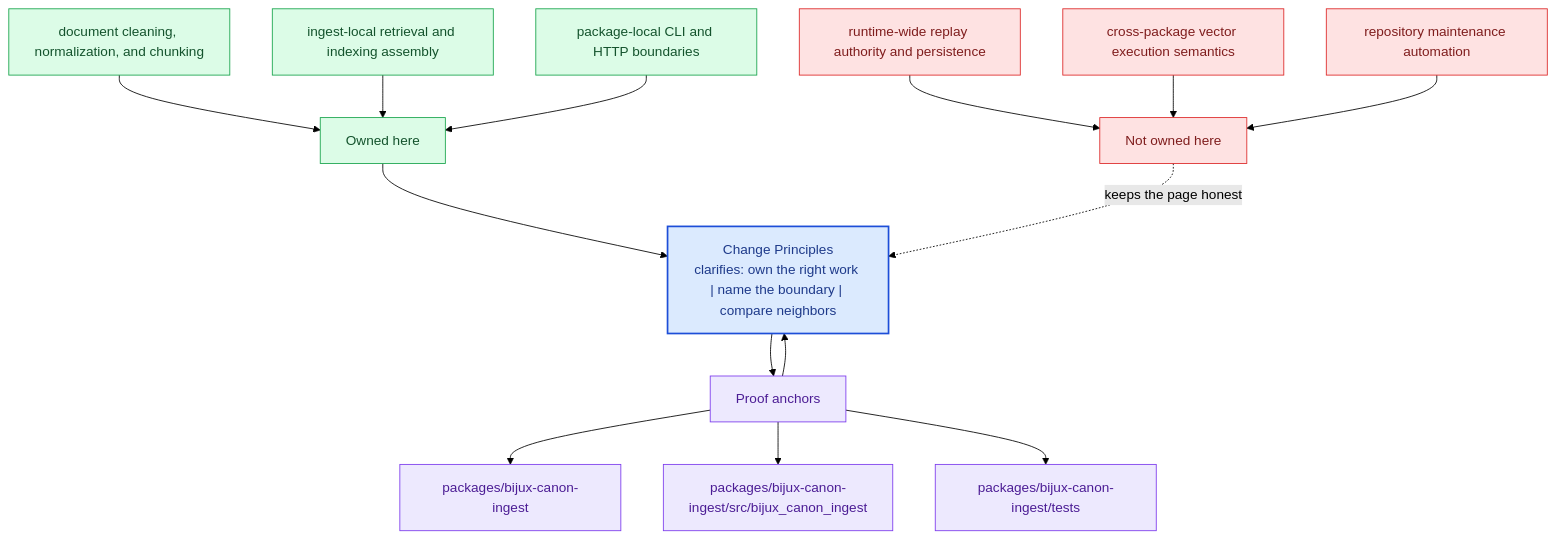
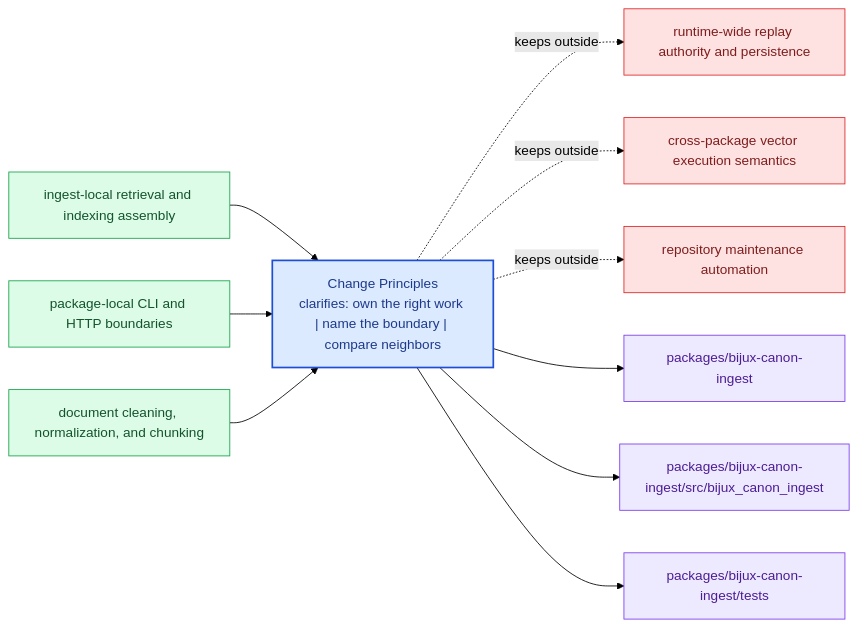
One commit to bijux/bijux-canon changed the diagram in docs/bijux-canon-ingest/foundation/change-principles.md. Above: the diagram before and after it, drawn with Mermaid (forest theme). The commit also changed other lines of this file and 281 other files, not shown here.

Commit message:
docs(diagrams): replace repeated mermaid scaffolds with page-specific summaries

````diff
--- a/docs/bijux-canon-ingest/foundation/change-principles.md
+++ b/docs/bijux-canon-ingest/foundation/change-principles.md
@@ -69,40 +24,31 @@
 ```mermaid
-flowchart TB
-    promise["Change Principles<br/>clarifies: own the right work | name the boundary | compare neighbors"]
-    classDef promise fill:#dbeafe,stroke:#1d4ed8,color:#1e3a8a,stroke-width:2px;
-    classDef driver fill:#dcfce7,stroke:#16a34a,color:#14532d;
-    classDef constraint fill:#fee2e2,stroke:#dc2626,color:#7f1d1d;
-    classDef ground fill:#ede9fe,stroke:#7c3aed,color:#4c1d95;
-    focus1["Owned here"]
-    focus1 --> promise
-    focus1_1["document cleaning, normalization, and chunking"]
-    focus1_1 --> focus1
-    focus1_2["ingest-local retrieval and indexing assembly"]
-    focus1_2 --> focus1
-    focus1_3["package-local CLI and HTTP boundaries"]
-    focus1_3 --> focus1
-    class focus1 driver;
-    class focus1_1,focus1_2,focus1_3 driver;
-    focus2["Not owned here"]
-    focus2 -.keeps the page honest.-> promise
-    focus2_1["runtime-wide replay authority and persistence"]
-    focus2_1 --> focus2
-    focus2_2["cross-package vector execution semantics"]
-    focus2_2 --> focus2
-    focus2_3["repository maintenance automation"]
-    focus2_3 --> focus2
-    class focus2 constraint;
-    class focus2_1,focus2_2,focus2_3 constraint;
-    focus3["Proof anchors"]
-    focus3 --> promise
-    promise --> focus3
-    focus3_1["packages/bijux-canon-ingest"]
-    focus3 --> focus3_1
-    focus3_2["packages/bijux-canon-ingest/src/bijux_canon_ingest"]
-    focus3 --> focus3_2
-    focus3_3["packages/bijux-canon-ingest/tests"]
-    focus3 --> focus3_3
-    class focus3 ground;
-    class focus3_1,focus3_2,focus3_3 ground;
-    class promise promise;
+flowchart LR
+    page["Change Principles<br/>clarifies: own the right work | name the boundary | compare neighbors"]
+    classDef page fill:#dbeafe,stroke:#1d4ed8,color:#1e3a8a,stroke-width:2px;
+    classDef positive fill:#dcfce7,stroke:#16a34a,color:#14532d;
+    classDef caution fill:#fee2e2,stroke:#dc2626,color:#7f1d1d;
+    classDef anchor fill:#ede9fe,stroke:#7c3aed,color:#4c1d95;
+    classDef action fill:#fef3c7,stroke:#d97706,color:#7c2d12;
+    own1["ingest-local retrieval and indexing assembly"]
+    own1 --> page
+    own2["package-local CLI and HTTP boundaries"]
+    own2 --> page
+    own3["document cleaning, normalization, and chunking"]
+    own3 --> page
+    limit1["runtime-wide replay authority and persistence"]
+    page -.keeps outside.-> limit1
+    limit2["cross-package vector execution semantics"]
+    page -.keeps outside.-> limit2
+    limit3["repository maintenance automation"]
+    page -.keeps outside.-> limit3
+    anchor1["packages/bijux-canon-ingest"]
+    page --> anchor1
+    anchor2["packages/bijux-canon-ingest/src/bijux_canon_ingest"]
+    page --> anchor2
+    anchor3["packages/bijux-canon-ingest/tests"]
+    page --> anchor3
+    class page page;
+    class own1,own2,own3 positive;
+    class limit1,limit2,limit3 caution;
+    class anchor1,anchor2,anchor3 anchor;
 ```
````
